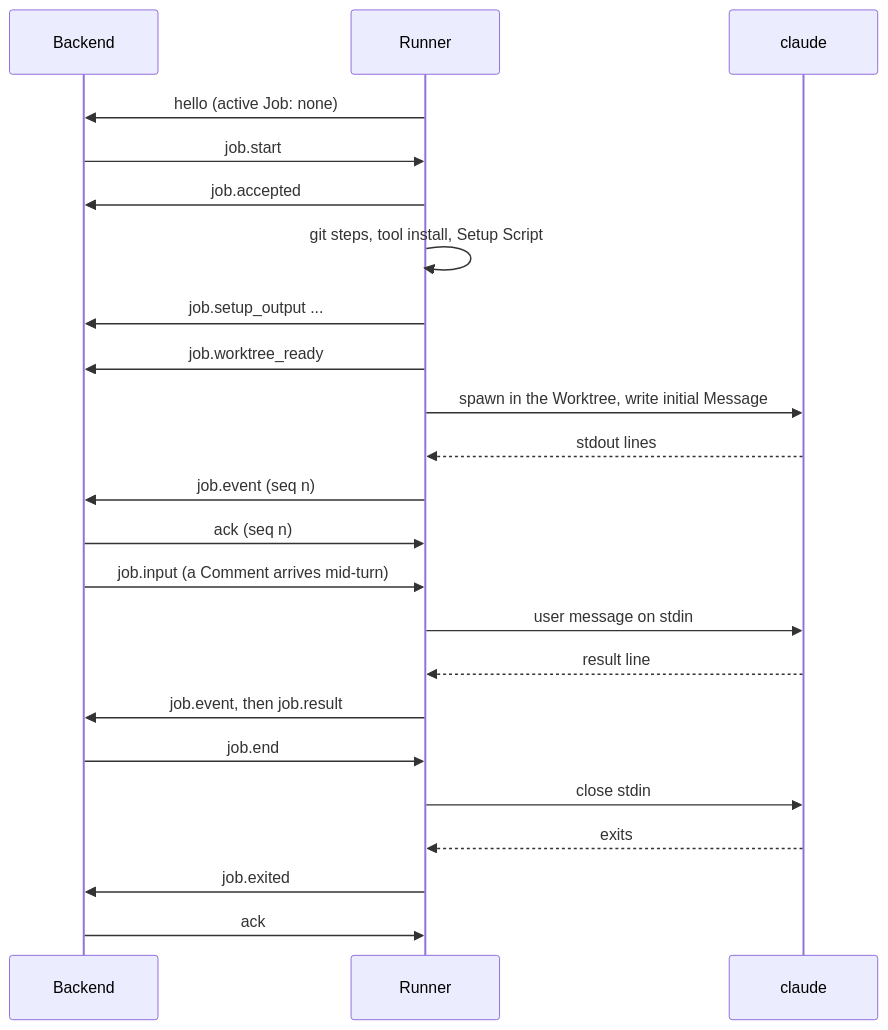
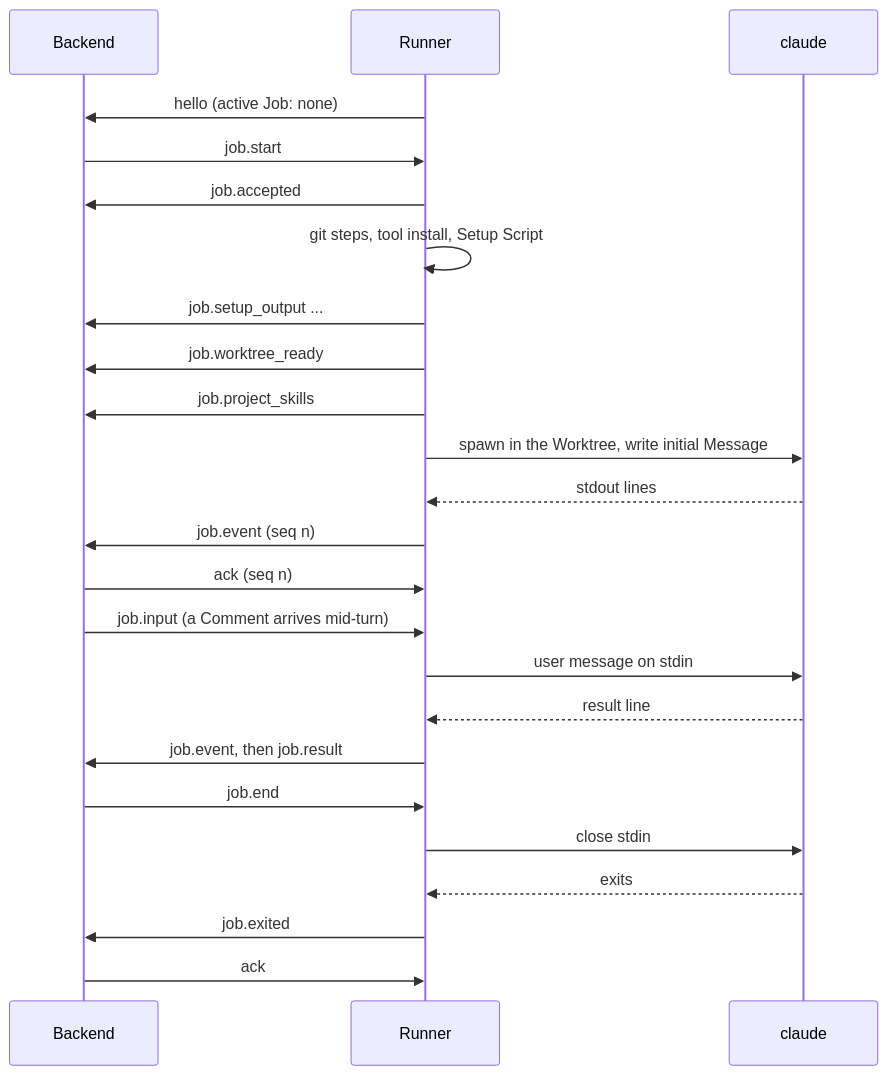
The first of 2 diagrams in docs/specs/runner.md (mceck/claude-task), drawn with Mermaid before and after one commit. The commit also changed other lines of this file and 20 other files, not shown here.

First line of the commit message:
Suggest the Worktree's Project Skills in the composer

````diff
--- a/docs/specs/runner.md
+++ b/docs/specs/runner.md
@@ -84,25 +85,26 @@
 ```mermaid
 sequenceDiagram
   participant B as Backend
   participant R as Runner
   participant C as claude
   R->>B: hello (active Job: none)
   B->>R: job.start
   R->>B: job.accepted
   R->>R: git steps, tool install, Setup Script
   R->>B: job.setup_output ...
   R->>B: job.worktree_ready
+  R->>B: job.project_skills
   R->>C: spawn in the Worktree, write initial Message
   C-->>R: stdout lines
   R->>B: job.event (seq n)
   B->>R: ack (seq n)
   B->>R: job.input (a Comment arrives mid-turn)
   R->>C: user message on stdin
   C-->>R: result line
   R->>B: job.event, then job.result
   B->>R: job.end
   R->>C: close stdin
   C-->>R: exits
   R->>B: job.exited
   B->>R: ack
 ```
````
